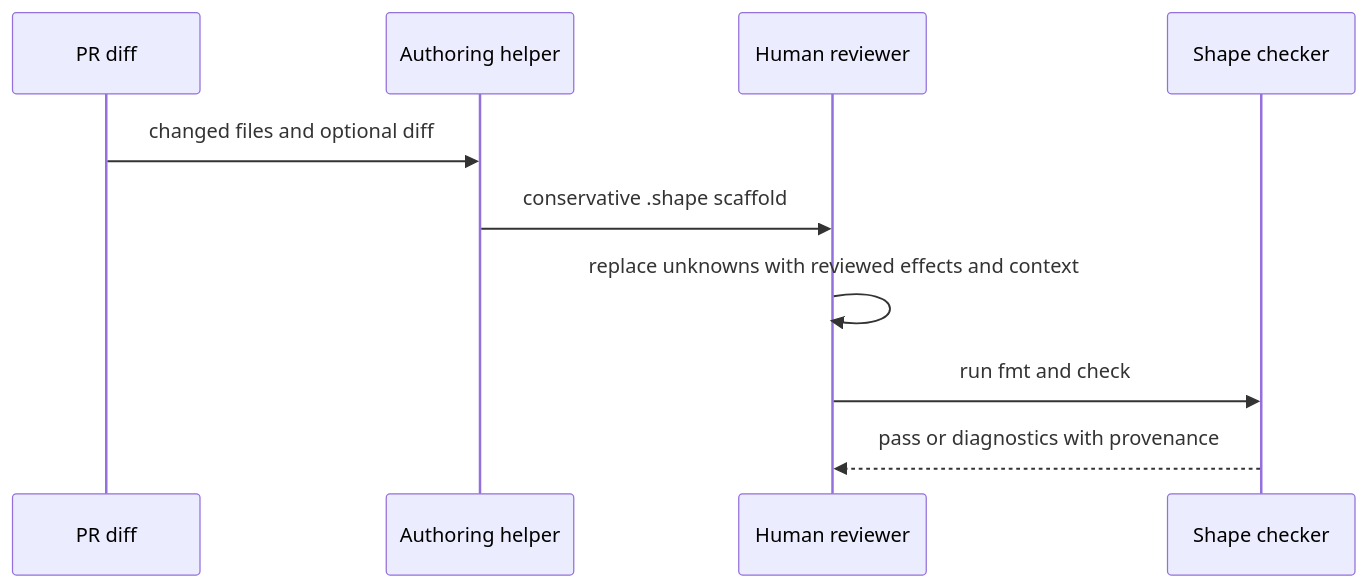
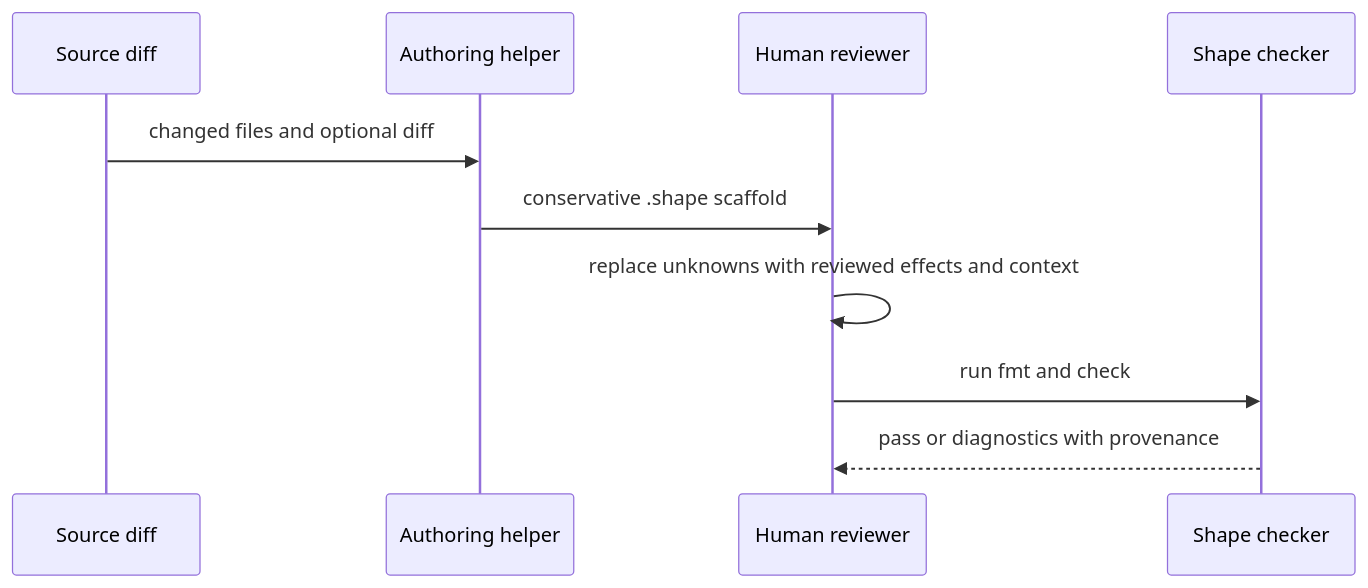
The third of 3 diagrams in docs-site/src/content/docs/inside-shape/formatter-editor-authoring.md (timbrinded/shapelang), drawn with Mermaid before and after one commit. The commit also changed 29 other files, not shown here.

````diff
--- a/docs-site/src/content/docs/inside-shape/formatter-editor-authoring.md
+++ b/docs-site/src/content/docs/inside-shape/formatter-editor-authoring.md
@@ -151,12 +151,12 @@
 ```mermaid
 sequenceDiagram
-  participant Diff as PR diff
+  participant Diff as Source diff
   participant Author as Authoring helper
   participant Human as Human reviewer
   participant Checker as Shape checker
   Diff->>Author: changed files and optional diff
   Author->>Human: conservative .shape scaffold
   Human->>Human: replace unknowns with reviewed effects and context
   Human->>Checker: run fmt and check
   Checker-->>Human: pass or diagnostics with provenance
 ```
````
